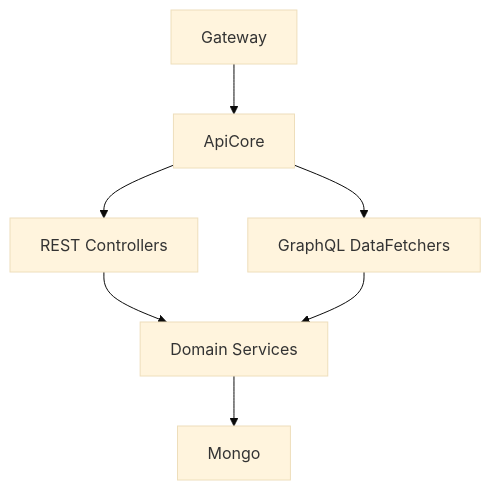
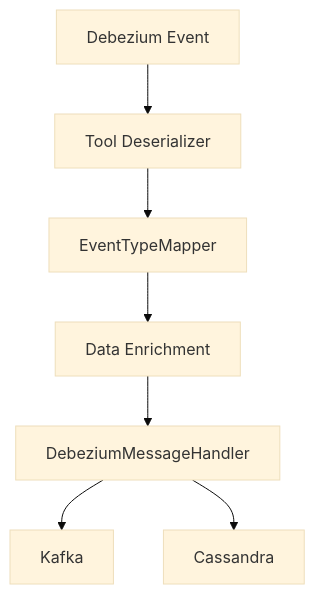
One commit to Praesto-Pro/openframe-oss-tenant changed the third of 5 diagrams in docs/architecture/README.md. Above: the diagram before and after it, drawn with Mermaid (base theme). The commit also changed other lines of this file and 214 other files, not shown here.

````diff
--- a/docs/architecture/README.md
+++ b/docs/architecture/README.md
@@ -94,9 +233,9 @@
 ```mermaid
 flowchart TD
-    Gateway --> ApiCore
-    ApiCore --> Controllers["REST Controllers"]
-    ApiCore --> GraphQL["GraphQL DataFetchers"]
-    Controllers --> Services["Domain Services"]
-    GraphQL --> Services
-    Services --> Mongo
+    Debezium["Debezium Event"] --> Deserializer["Tool Deserializer"]
+    Deserializer --> Mapper["EventTypeMapper"]
+    Mapper --> Enrichment["Data Enrichment"]
+    Enrichment --> Handler["DebeziumMessageHandler"]
+    Handler --> KafkaOut["Kafka"]
+    Handler --> CassandraOut["Cassandra"]
 ```
````
